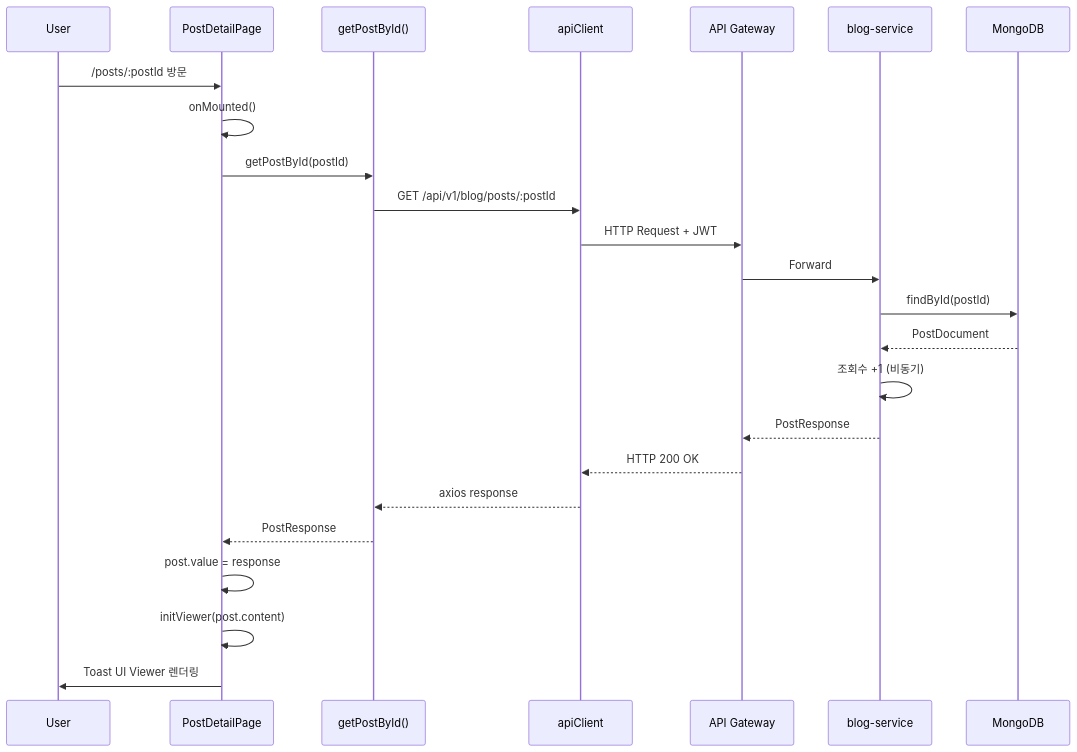
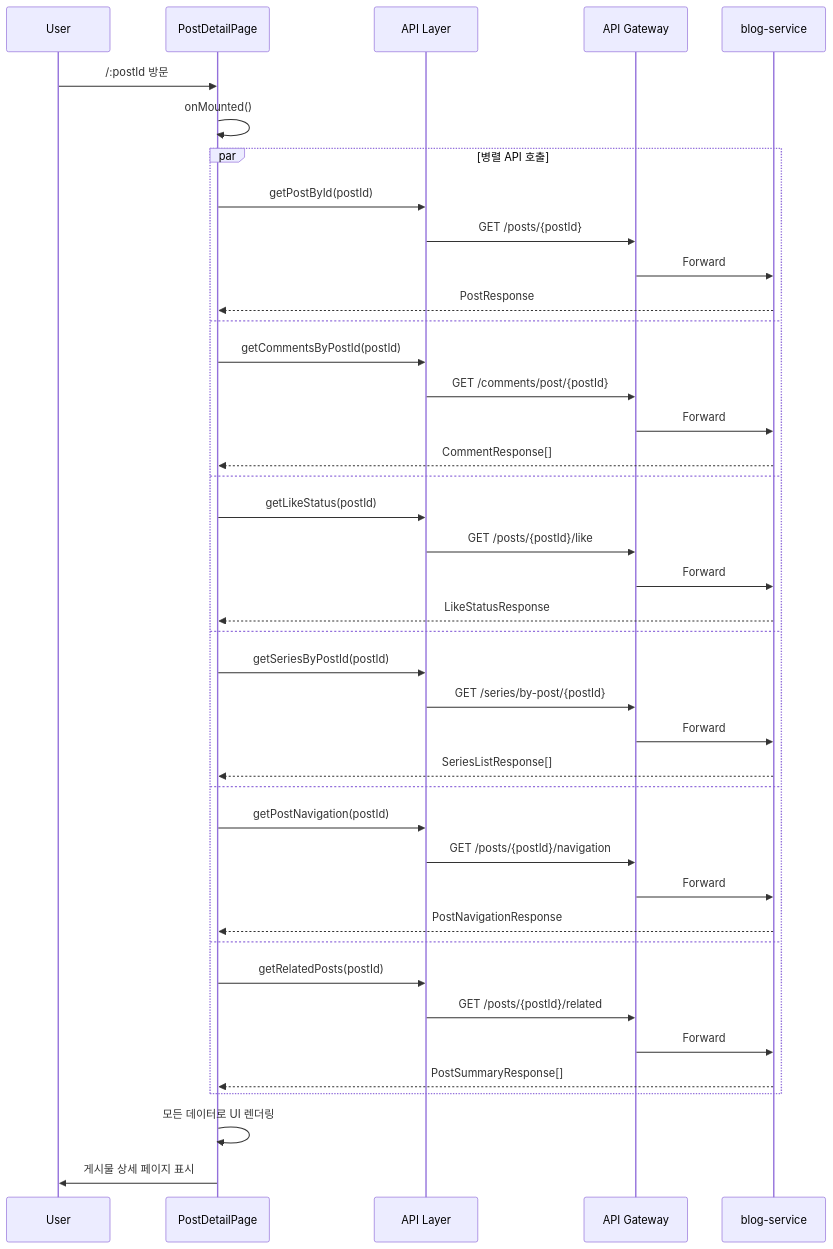
One commit to L-a-z-e/portal-universe changed the third of 13 diagrams in docs/architecture/blog-frontend/data-flow.md. Above: the diagram before and after it, drawn with Mermaid. The commit also changed other lines of this file and 3 other files, not shown here.

First line of the commit message:
docs(architecture): rewrite blog-frontend docs to match actual codebase

````diff
--- a/docs/architecture/blog-frontend/data-flow.md
+++ b/docs/architecture/blog-frontend/data-flow.md
@@ -113,27 +136,46 @@
 ```mermaid
 sequenceDiagram
     participant U as User
     participant C as PostDetailPage
-    participant A as getPostById()
-    participant AC as apiClient
-    participant G as API Gateway
-    participant S as blog-service
-    participant D as MongoDB
+    participant API as API Layer
+    participant GW as API Gateway
+    participant BS as blog-service
 
-    U->>C: /posts/:postId 방문
+    U->>C: /:postId 방문
     C->>C: onMounted()
-    C->>A: getPostById(postId)
-    A->>AC: GET /api/v1/blog/posts/:postId
-    AC->>G: HTTP Request + JWT
-    G->>S: Forward
-    S->>D: findById(postId)
-    D-->>S: PostDocument
-    S->>S: 조회수 +1 (비동기)
-    S-->>G: PostResponse
-    G-->>AC: HTTP 200 OK
-    AC-->>A: axios response
-    A-->>C: PostResponse
-    C->>C: post.value = response
-    C->>C: initViewer(post.content)
-    C->>U: Toast UI Viewer 렌더링
+
+    par 병렬 API 호출
+        C->>API: getPostById(postId)
+        API->>GW: GET /posts/{postId}
+        GW->>BS: Forward
+        BS-->>C: PostResponse
+    and
+        C->>API: getCommentsByPostId(postId)
+        API->>GW: GET /comments/post/{postId}
+        GW->>BS: Forward
+        BS-->>C: CommentResponse[]
+    and
+        C->>API: getLikeStatus(postId)
+        API->>GW: GET /posts/{postId}/like
+        GW->>BS: Forward
+        BS-->>C: LikeStatusResponse
+    and
+        C->>API: getSeriesByPostId(postId)
+        API->>GW: GET /series/by-post/{postId}
+        GW->>BS: Forward
+        BS-->>C: SeriesListResponse[]
+    and
+        C->>API: getPostNavigation(postId)
+        API->>GW: GET /posts/{postId}/navigation
+        GW->>BS: Forward
+        BS-->>C: PostNavigationResponse
+    and
+        C->>API: getRelatedPosts(postId)
+        API->>GW: GET /posts/{postId}/related
+        GW->>BS: Forward
+        BS-->>C: PostSummaryResponse[]
+    end
+
+    C->>C: 모든 데이터로 UI 렌더링
+    C->>U: 게시물 상세 페이지 표시
 ```
````
